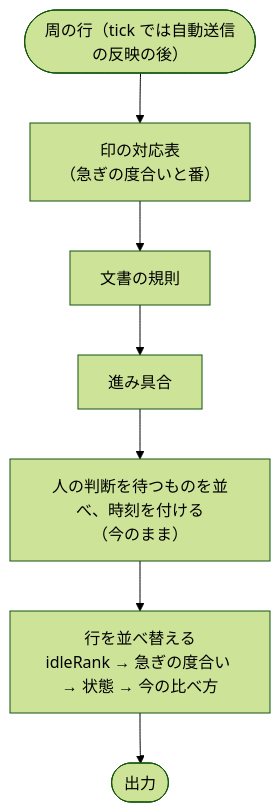
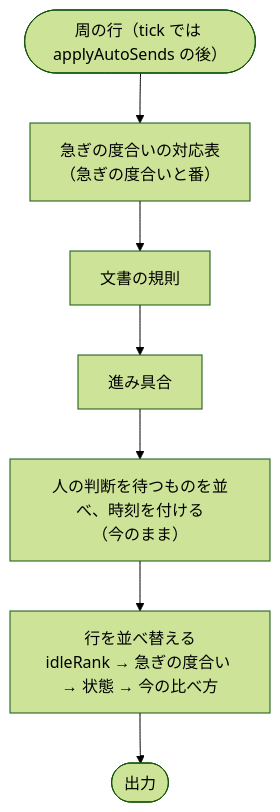
The sixth of 6 diagrams in docs/tasks/0093_chief_status_sheet/02_architecture.md (isseis/yt2column), drawn with Mermaid (forest theme) before and after one commit. The commit also changed other lines of this file and 1 other file, not shown here.

First line of the commit message:
docs(0093): address the architecture review and the Japanese prose pass

````diff
--- a/docs/tasks/0093_chief_status_sheet/02_architecture.md
+++ b/docs/tasks/0093_chief_status_sheet/02_architecture.md
@@ -608,9 +788,9 @@
 ```mermaid
 flowchart TD
-    Rows(["周の行（tick では自動送信の反映の後）"]) --> Mark["印の対応表<br>（急ぎの度合いと番）"]
+    Rows(["周の行（tick では applyAutoSends の後）"]) --> Mark["急ぎの度合いの対応表<br>（急ぎの度合いと番）"]
     Mark --> Doc["文書の規則"]
     Doc --> Prog["進み具合"]
     Prog --> Pend["人の判断を待つものを並べ、時刻を付ける<br>（今のまま）"]
     Pend --> Sort["行を並べ替える<br>idleRank → 急ぎの度合い → 状態 → 今の比べ方"]
     Sort --> Out(["出力"])
 ```
````
